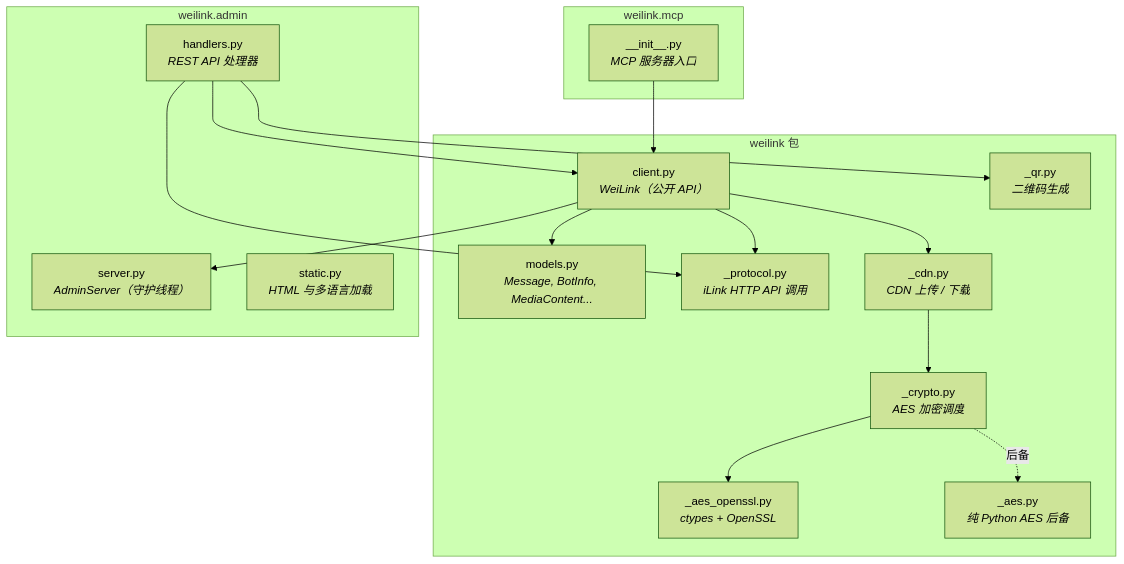
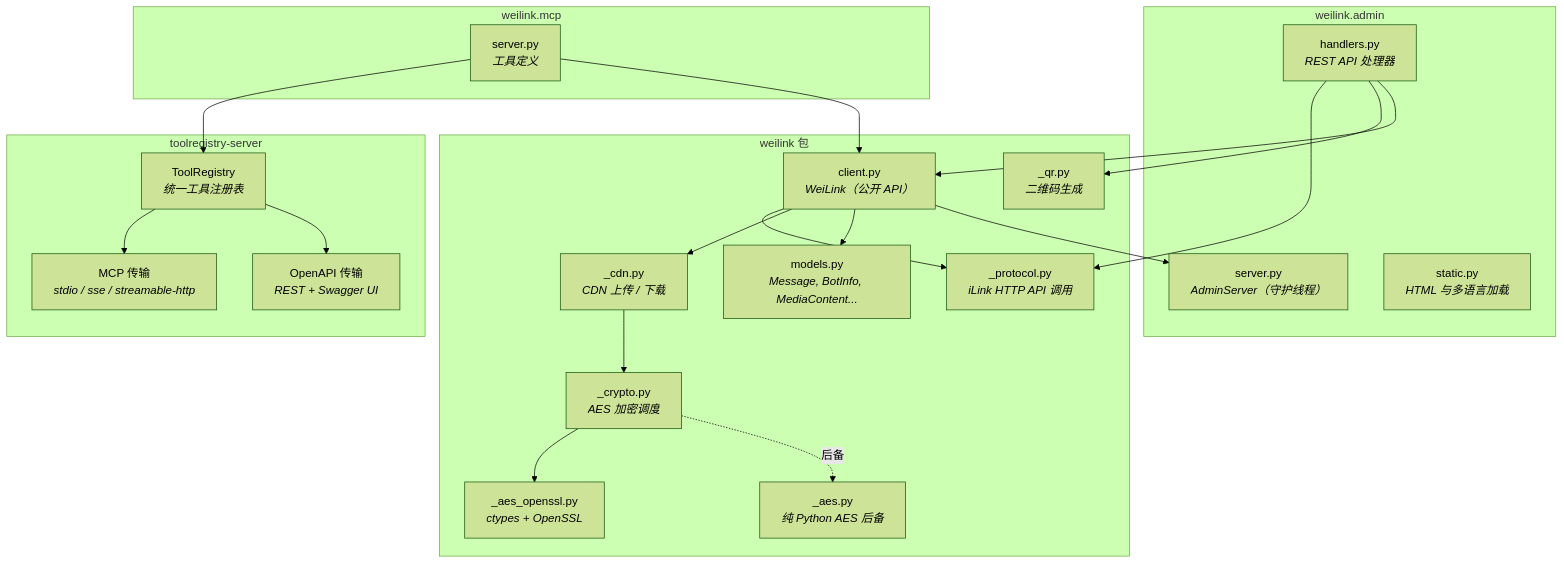
Before and after one commit to Oaklight/weilink: the first of 10 diagrams in docs/architecture.md, drawn with Mermaid (forest theme). The commit also changed other lines of this file and 5 other files, not shown here.

Commit message:
Add OpenAPI docs, update changelog and architecture

````diff
--- a/docs/architecture.md
+++ b/docs/architecture.md
@@ -7,35 +7,44 @@
 ```mermaid
 graph TB
     subgraph "weilink 包"
         client["client.py<br/><i>WeiLink（公开 API）</i>"]
         models["models.py<br/><i>Message, BotInfo, MediaContent...</i>"]
         protocol["_protocol.py<br/><i>iLink HTTP API 调用</i>"]
         cdn["_cdn.py<br/><i>CDN 上传 / 下载</i>"]
         crypto["_crypto.py<br/><i>AES 加密调度</i>"]
         aes_ssl["_aes_openssl.py<br/><i>ctypes + OpenSSL</i>"]
         aes_py["_aes.py<br/><i>纯 Python AES 后备</i>"]
         qr["_qr.py<br/><i>二维码生成</i>"]
     end
 
     subgraph "weilink.admin"
         admin_srv["server.py<br/><i>AdminServer（守护线程）</i>"]
         admin_hdl["handlers.py<br/><i>REST API 处理器</i>"]
         admin_stc["static.py<br/><i>HTML 与多语言加载</i>"]
     end
 
     subgraph "weilink.mcp"
-        mcp_srv["__init__.py<br/><i>MCP 服务器入口</i>"]
+        mcp_srv["server.py<br/><i>工具定义</i>"]
+    end
+
+    subgraph "toolregistry-server"
+        tr["ToolRegistry<br/><i>统一工具注册表</i>"]
+        mcp_out["MCP 传输<br/><i>stdio / sse / streamable-http</i>"]
+        openapi_out["OpenAPI 传输<br/><i>REST + Swagger UI</i>"]
     end
 
     client --> protocol
     client --> cdn
     client --> models
     client --> admin_srv
     cdn --> crypto
     crypto --> aes_ssl
     crypto -.->|后备| aes_py
     admin_hdl --> protocol
     admin_hdl --> qr
     admin_hdl --> client
+    mcp_srv --> tr
+    tr --> mcp_out
+    tr --> openapi_out
     mcp_srv --> client
 ```
````
